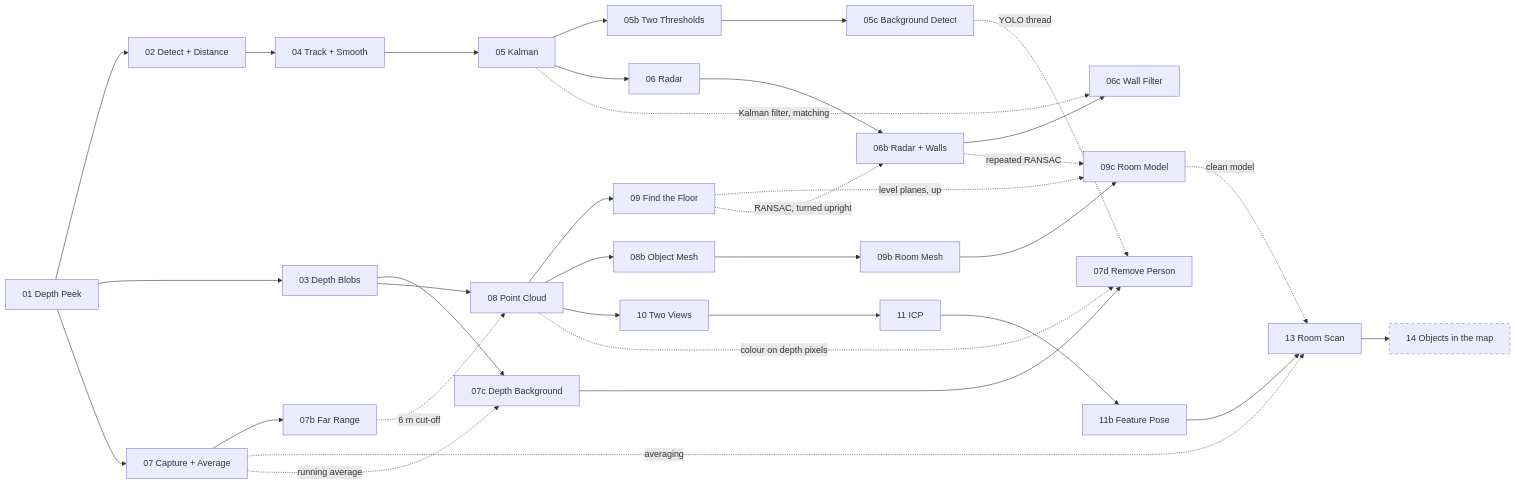
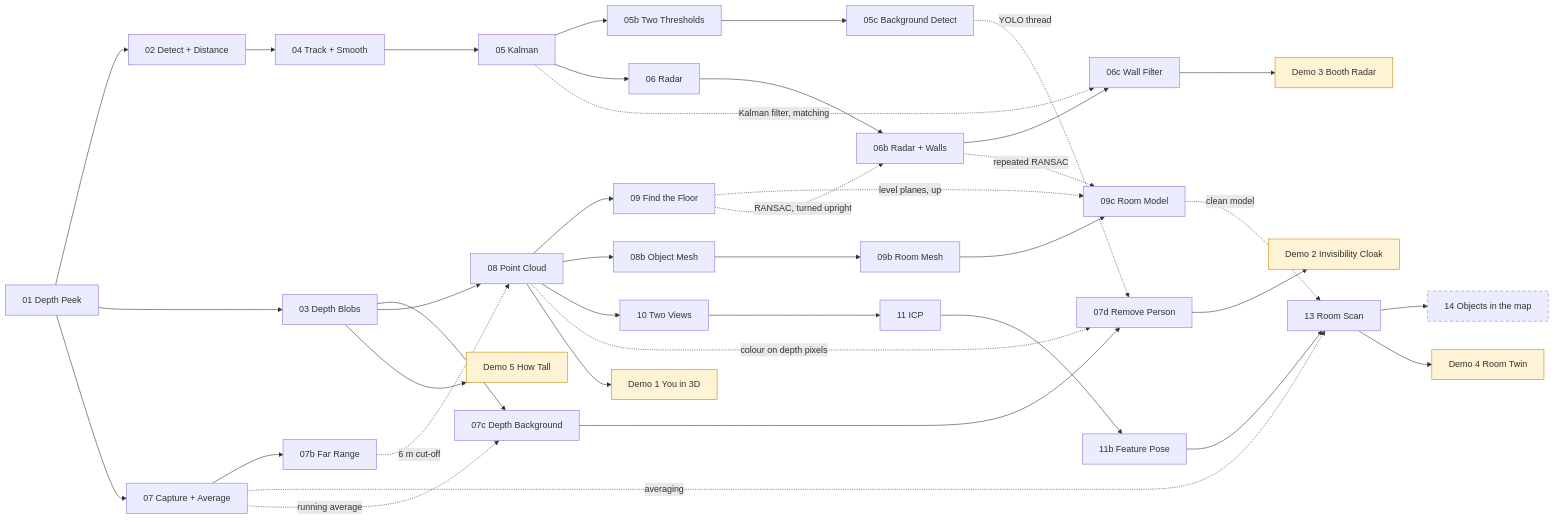
The first of 24 diagrams in exercises/cpp/EXAMPLES.md (Kramav/Spotter), drawn with Mermaid before and after one commit. The commit also changed other lines of this file and 12 other files, not shown here.

````diff
--- a/exercises/cpp/EXAMPLES.md
+++ b/exercises/cpp/EXAMPLES.md
@@ -14,27 +14,35 @@
 ```mermaid
 flowchart LR
     E01["01 Depth Peek"] --> E02["02 Detect + Distance"] --> E04["04 Track + Smooth"] --> E05["05 Kalman"]
     E05 --> E05b["05b Two Thresholds"] --> E05c["05c Background Detect"]
     E05 --> E06["06 Radar"] --> E06b["06b Radar + Walls"] --> E06c["06c Wall Filter"]
     E01 --> E03["03 Depth Blobs"] --> E07c["07c Depth Background"] --> E07d["07d Remove Person"]
     E01 --> E07["07 Capture + Average"] --> E07b["07b Far Range"]
     E03 --> E08["08 Point Cloud"]
     E08 --> E09["09 Find the Floor"]
     E08 --> E08b["08b Object Mesh"] --> E09b["09b Room Mesh"] --> E09c["09c Room Model"]
     E09 -.->|level planes, up| E09c
     E06b -.->|repeated RANSAC| E09c
     E08 --> E10["10 Two Views"] --> E11["11 ICP"] --> E11b["11b Feature Pose"] --> E13["13 Room Scan"]
     E09c -.->|clean model| E13
     E07 -.->|averaging| E13
     E07 -.->|running average| E07c
     E05c -.->|YOLO thread| E07d
     E08 -.->|colour on depth pixels| E07d
     E07b -.->|6 m cut-off| E08
     E09 -.->|RANSAC, turned upright| E06b
     E05 -.->|Kalman filter, matching| E06c
 
     E13 --> E14["14 Objects in the map"]
 
+    E08 --> D1["Demo 1 You in 3D"]
+    E07d --> D2["Demo 2 Invisibility Cloak"]
+    E06c --> D3["Demo 3 Booth Radar"]
+    E13 --> D4["Demo 4 Room Twin"]
+    E03 --> D5["Demo 5 How Tall"]
+
     classDef planned stroke-dasharray: 5 5
     class E14 planned
+    classDef demo fill:#fff3d6,stroke:#c08a00
+    class D1,D2,D3,D4,D5 demo
 ```
````
